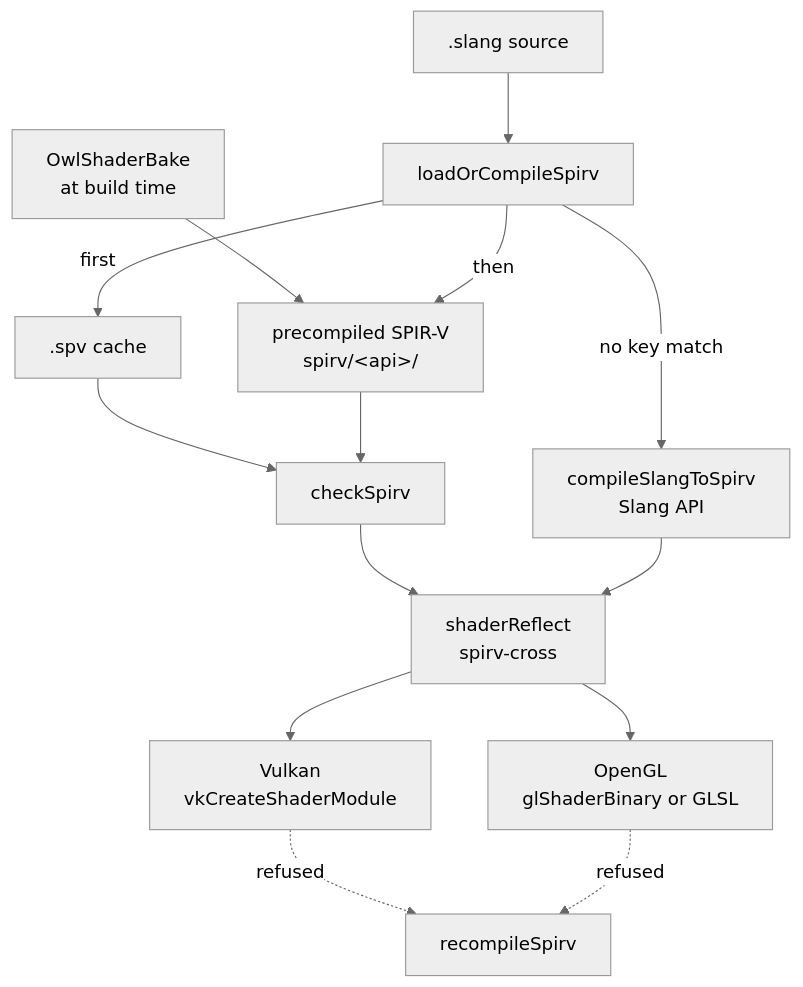
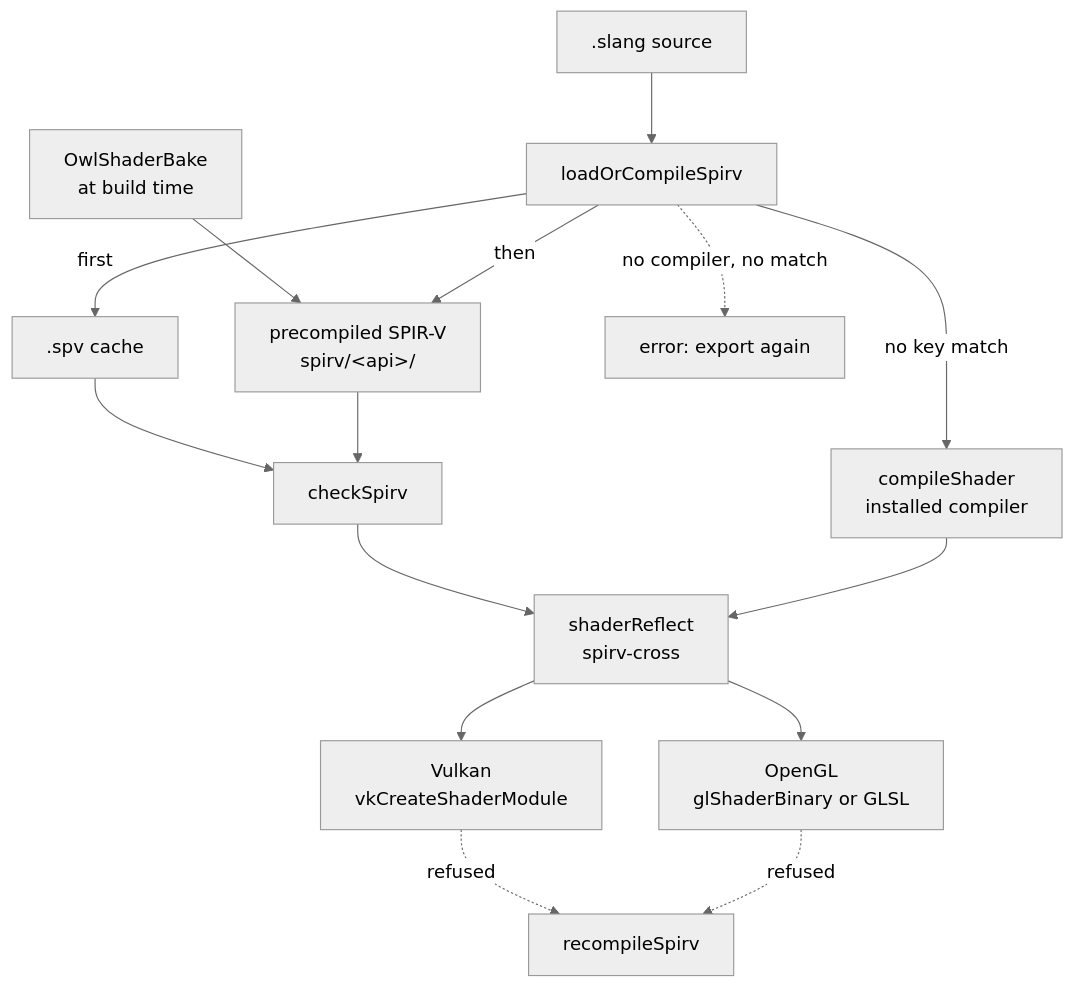
One commit to Silmaen/Owl changed the fifth of 6 diagrams in doc/pages/architecture.md. Above: the diagram before and after it, drawn with Mermaid (neutral theme). The commit also changed other lines of this file and 41 other files, not shown here.

Commit message:
Move Slang to OwlShaderCompiler, add shader targets and a game runner without Slang

````diff
--- a/doc/pages/architecture.md
+++ b/doc/pages/architecture.md
@@ -236,16 +243,17 @@
 ```mermaid
 flowchart TD
     Src[".slang source"] --> Load[loadOrCompileSpirv]
     Bake["OwlShaderBake<br/>at build time"] --> Pre["precompiled SPIR-V<br/>spirv/&lt;api&gt;/"]
     Load -->|first| Cache[".spv cache"]
     Load -->|then| Pre
-    Load -->|no key match| Slang["compileSlangToSpirv<br/>Slang API"]
+    Load -->|no key match| Slang["compileShader<br/>installed compiler"]
+    Load -.->|no compiler, no match| Err["error: export again"]
     Cache --> Check[checkSpirv]
     Pre --> Check
     Check --> Refl["shaderReflect<br/>spirv-cross"]
     Slang --> Refl
     Refl --> VK["Vulkan<br/>vkCreateShaderModule"]
     Refl --> GL["OpenGL<br/>glShaderBinary or GLSL"]
     VK -.->|refused| Re[recompileSpirv]
     GL -.->|refused| Re
 ```
````
